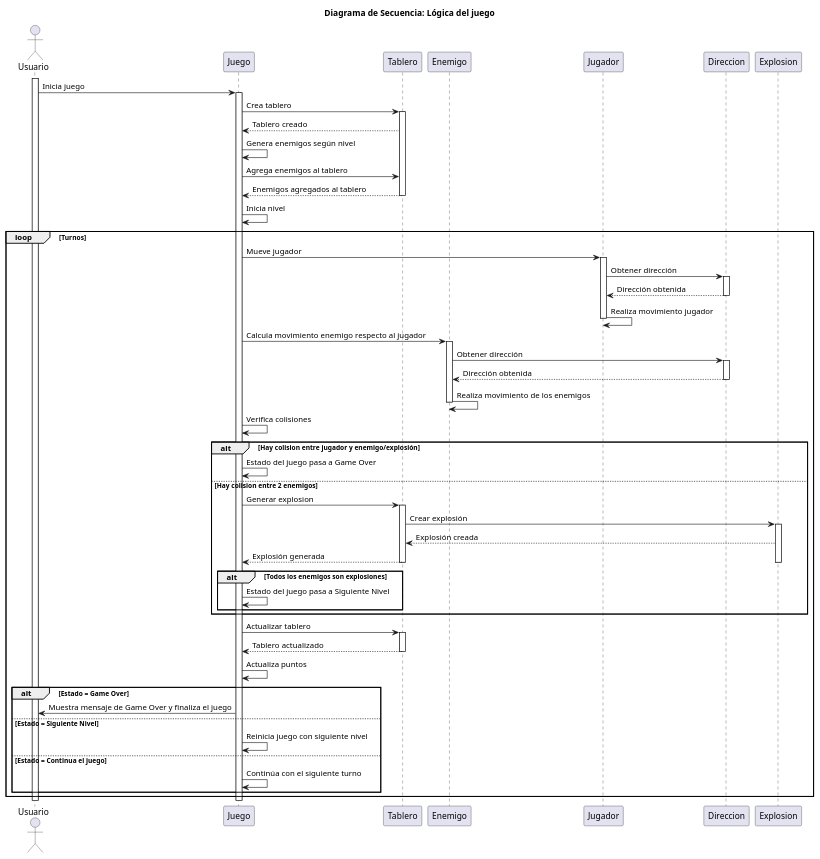
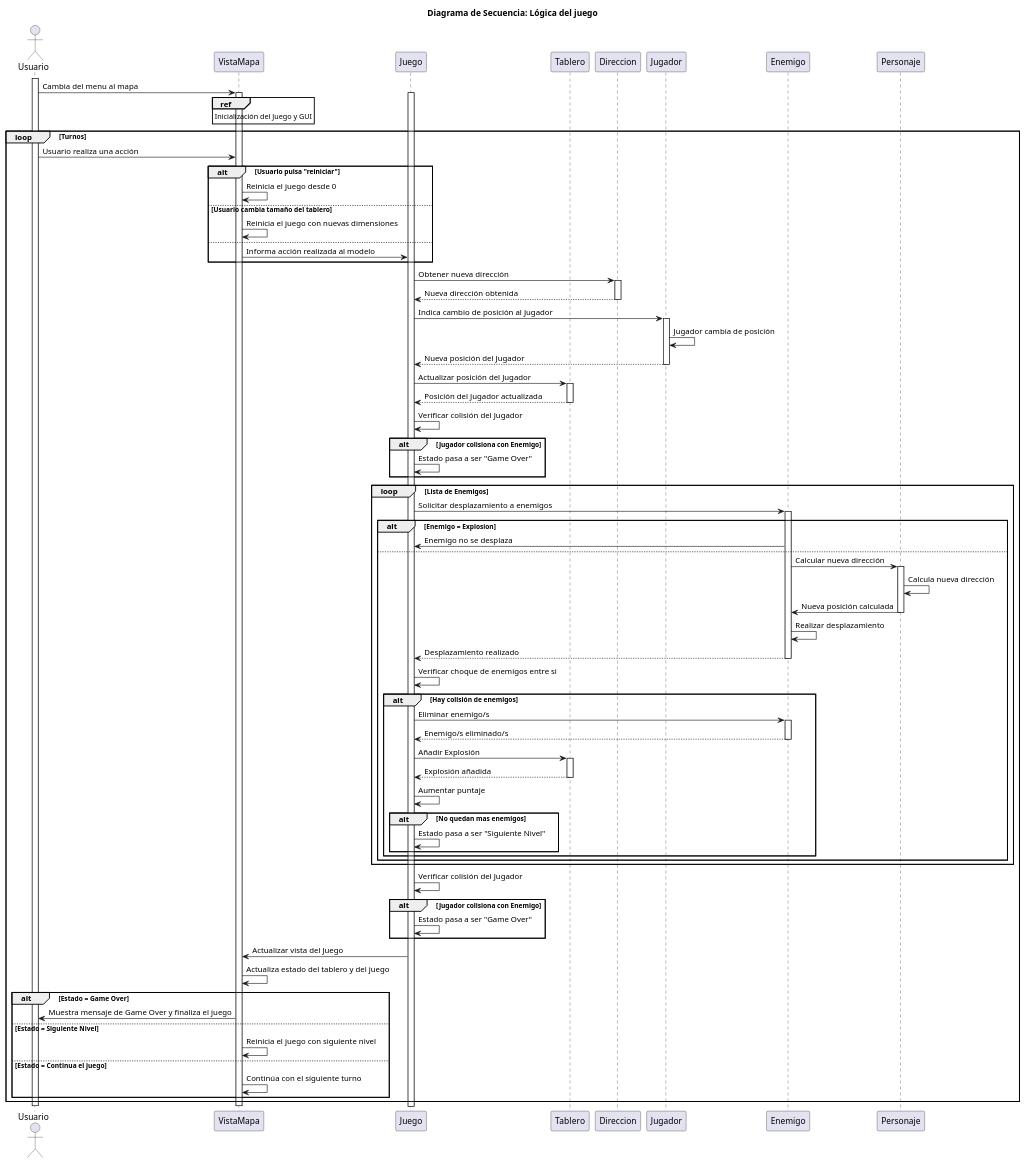
Before and after one commit to FelipeAscencio/TP1_ParadigmasDeLaProgramacion: the diagram in doc/diagrama de secuencia lógica.puml, drawn with PlantUML. The commit also changed 3 other files, not shown here.

Commit message:
Nuevos Diagramas de Secuencia

```diff
--- a/doc/diagrama de secuencia lógica.puml
+++ b/doc/diagrama de secuencia lógica.puml
@@ -1,79 +1,104 @@
 @startuml
 
 title Diagrama de Secuencia: Lógica del juego
 
 actor Usuario
+participant "VistaMapa" as Vista
 participant "Juego" as Juego
 participant "Tablero" as Tablero
+participant "Direccion" as Direccion
+participant "Jugador" as Jugador
 participant "Enemigo" as Enemigo
-participant "Jugador" as Jugador
-participant "Direccion" as Direccion
-participant "Explosion" as Explosion
+participant "Personaje" as Personaje
 
 activate Usuario
-Usuario -> Juego: Inicia juego
+Usuario -> Vista: Cambia del menu al mapa
+activate Vista
 
+ref over Vista: Inicialización del Juego y GUI
 activate Juego
-Juego -> Tablero: Crea tablero
-activate Tablero
-Tablero --> Juego: Tablero creado
-Juego -> Juego: Genera enemigos según nivel
-Juego -> Tablero: Agrega enemigos al tablero
-Tablero --> Juego: Enemigos agregados al tablero
-deactivate Tablero
-
-Juego -> Juego: Inicia nivel
 
 loop Turnos
-    Juego -> Jugador: Mueve jugador
-    activate Jugador
-    Jugador -> Direccion: Obtener dirección
-    activate Direccion
-    Direccion --> Jugador: Dirección obtenida
-    deactivate Direccion
-    Jugador -> Jugador: Realiza movimiento jugador
-    deactivate Jugador
-    Juego -> Enemigo: Calcula movimiento enemigo respecto al jugador
-    activate Enemigo
-    Enemigo -> Direccion: Obtener dirección
-    activate Direccion
-    Direccion --> Enemigo: Dirección obtenida
-    deactivate Direccion
-    Enemigo -> Enemigo: Realiza movimiento de los enemigos
-    deactivate Enemigo
-    Juego -> Juego: Verifica colisiones
-    alt Hay colision entre jugador y enemigo/explosión
-            Juego -> Juego: Estado del juego pasa a Game Over
-        else Hay colision entre 2 enemigos
-            Juego -> Tablero: Generar explosion
-            activate Tablero
-            Tablero -> Explosion: Crear explosión
-            activate Explosion
-            Explosion --> Tablero: Explosión creada
-            Tablero --> Juego: Explosión generada
-            deactivate Tablero
-            deactivate Explosion
-            alt Todos los enemigos son explosiones
-                Juego -> Juego: Estado del juego pasa a Siguiente Nivel
-                end
+    Usuario -> Vista: Usuario realiza una acción
+        alt Usuario pulsa "reiniciar"
+                Vista -> Vista: Reinicia el juego desde 0
+            else Usuario cambia tamaño del tablero
+                Vista -> Vista: Reinicia el juego con nuevas dimensiones
+            else
+                Vista -> Juego: Informa acción realizada al modelo
         end
 
-    Juego -> Tablero: Actualizar tablero
-    activate Tablero
-    Tablero --> Juego: Tablero actualizado
-    deactivate Tablero
-    Juego -> Juego: Actualiza puntos
-    
-    alt Estado = Game Over
-            Juego -> Usuario: Muestra mensaje de Game Over y finaliza el juego
-        else Estado = Siguiente Nivel
-            Juego -> Juego: Reinicia juego con siguiente nivel
-        else Estado = Continua el juego
-            Juego -> Juego: Continúa con el siguiente turno
+        Juego -> Direccion: Obtener nueva dirección
+        activate Direccion
+        Direccion --> Juego: Nueva dirección obtenida
+        deactivate Direccion
+
+        Juego -> Jugador: Indica cambio de posición al Jugador
+        activate Jugador
+        Jugador -> Jugador: Jugador cambia de posición
+        Jugador --> Juego: Nueva posición del Jugador
+        deactivate Jugador
+
+        Juego -> Tablero: Actualizar posición del Jugador
+        activate Tablero
+        Tablero --> Juego: Posición del Jugador actualizada
+        deactivate Tablero
+
+        Juego -> Juego: Verificar colisión del Jugador
+        alt Jugador colisiona con Enemigo
+            Juego -> Juego: Estado pasa a ser "Game Over"
+        end
+
+        loop Lista de Enemigos
+            Juego -> Enemigo: Solicitar desplazamiento a enemigos
+            activate Enemigo
+            alt Enemigo = Explosion
+                Enemigo -> Juego: Enemigo no se desplaza
+                else
+                Enemigo -> Personaje: Calcular nueva dirección
+                activate Personaje
+                Personaje -> Personaje: Calcula nueva dirección
+                Personaje -> Enemigo: Nueva posición calculada
+                deactivate Personaje
+                Enemigo -> Enemigo: Realizar desplazamiento
+                Enemigo --> Juego: Desplazamiento realizado
+                deactivate Enemigo
+                Juego -> Juego: Verificar choque de enemigos entre si
+                alt Hay colisión de enemigos
+                    Juego -> Enemigo: Eliminar enemigo/s
+                    activate Enemigo
+                    Enemigo --> Juego: Enemigo/s eliminado/s
+                    deactivate Enemigo
+                    Juego -> Tablero: Añadir Explosión
+                    activate Tablero
+                    Tablero --> Juego: Explosión añadida
+                    deactivate Tablero
+                    Juego -> Juego: Aumentar puntaje
+                    alt No quedan mas enemigos
+                        Juego -> Juego: Estado pasa a ser "Siguiente Nivel"
+                        end
+                end
+            end
+        end
+
+        Juego -> Juego: Verificar colisión del Jugador
+        alt Jugador colisiona con Enemigo
+            Juego -> Juego: Estado pasa a ser "Game Over"
+        end
+
+        Juego -> Vista: Actualizar vista del Juego
+
+        Vista -> Vista: Actualiza estado del tablero y del juego
+        alt Estado = Game Over
+                Vista -> Usuario: Muestra mensaje de Game Over y finaliza el juego
+            else Estado = Siguiente Nivel
+                Vista -> Vista: Reinicia el juego con siguiente nivel
+            else Estado = Continua el juego
+                Vista -> Vista: Continúa con el siguiente turno
         end
 end
 
-deactivate Juego
+deactivate Vista
 deactivate Usuario
 
 @enduml
```
